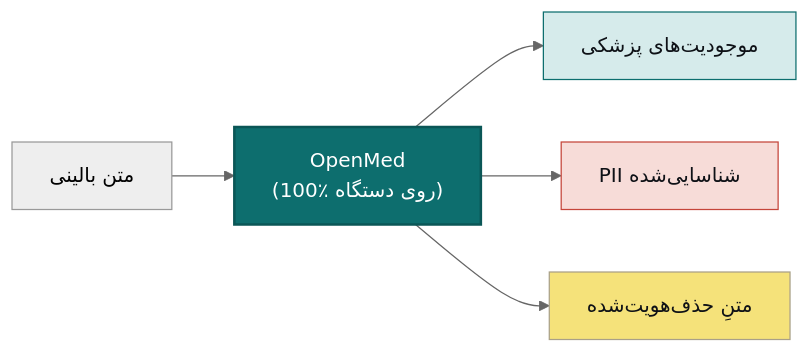
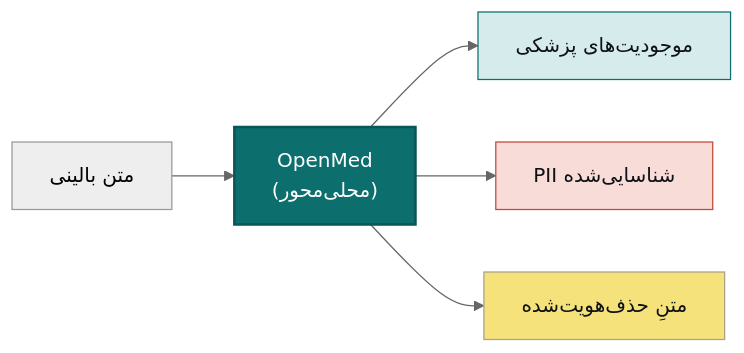
The diagram in README.fa.md (maziyarpanahi/openmed), drawn with Mermaid (neutral theme) before and after one commit. The commit also changed other lines of this file, not shown here.

````diff
--- a/README.fa.md
+++ b/README.fa.md
@@ -158,11 +145,11 @@
 ```mermaid
 flowchart LR
-    A["متن بالینی"] --> B["OpenMed<br/>(100٪ روی دستگاه)"]
+    A["متن بالینی"] --> B["OpenMed<br/>(محلی‌محور)"]
     B --> C["موجودیت‌های پزشکی"]
     B --> D["PII شناسایی‌شده"]
     B --> E["متنِ حذف‌هویت‌شده"]
     style B fill:#0D6E6E,stroke:#0A5656,stroke-width:2px,color:#ffffff
     style C fill:#D6EBEB,stroke:#0D6E6E,color:#0E1116
     style D fill:#F7DCD8,stroke:#C5453A,color:#0E1116
     style E fill:#F5E27A,stroke:#A9A088,color:#0E1116
 ```
````
